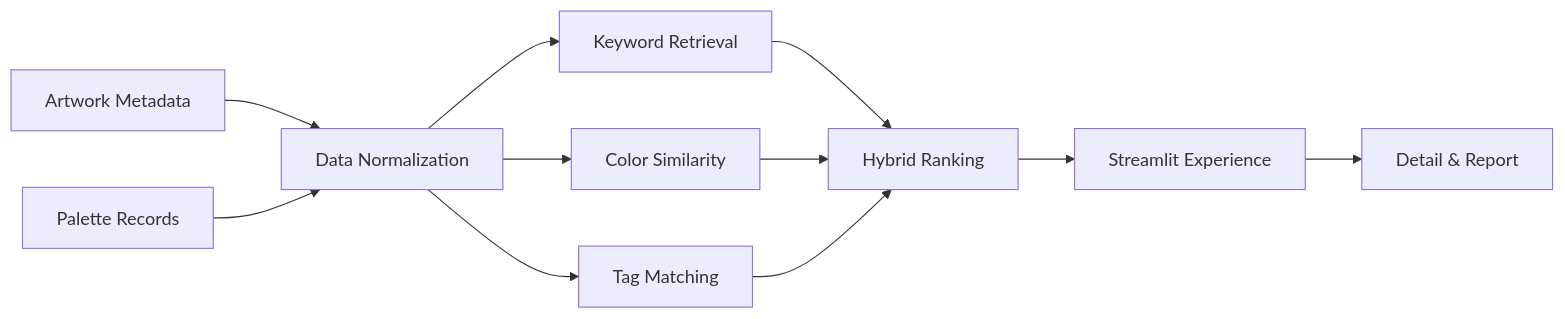
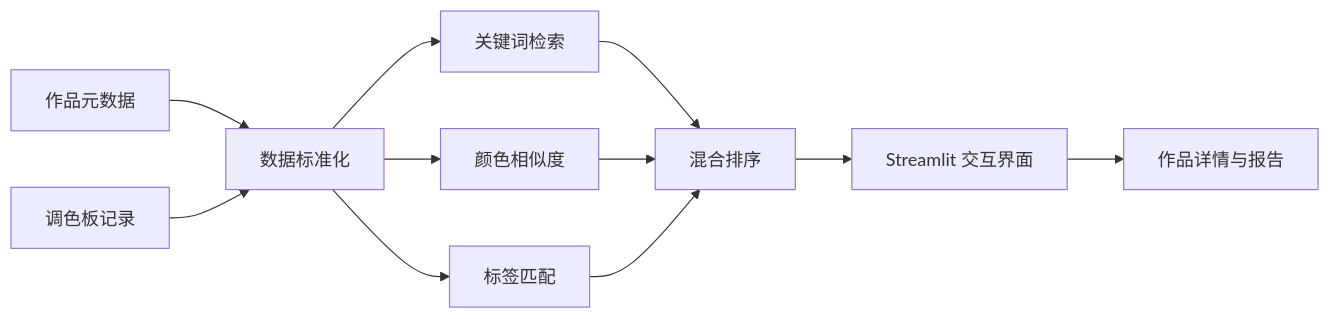
The second of 2 diagrams in README.md (ContraMundum-code/PaletteSeek), drawn with Mermaid before and after one commit. The commit also changed other lines of this file and 7 other files, not shown here.

````diff
--- a/README.md
+++ b/README.md
@@ -115,13 +115,13 @@
 ```mermaid
 flowchart LR
-    A["Artwork Metadata"] --> B["Data Normalization"]
-    P["Palette Records"] --> B
-    B --> C["Keyword Retrieval"]
-    B --> D["Color Similarity"]
-    B --> E["Tag Matching"]
-    C --> F["Hybrid Ranking"]
+    A["作品元数据"] --> B["数据标准化"]
+    P["调色板记录"] --> B
+    B --> C["关键词检索"]
+    B --> D["颜色相似度"]
+    B --> E["标签匹配"]
+    C --> F["混合排序"]
     D --> F
     E --> F
-    F --> G["Streamlit Experience"]
-    G --> H["Detail & Report"]
+    F --> G["Streamlit 交互界面"]
+    G --> H["作品详情与报告"]
 ```
````
